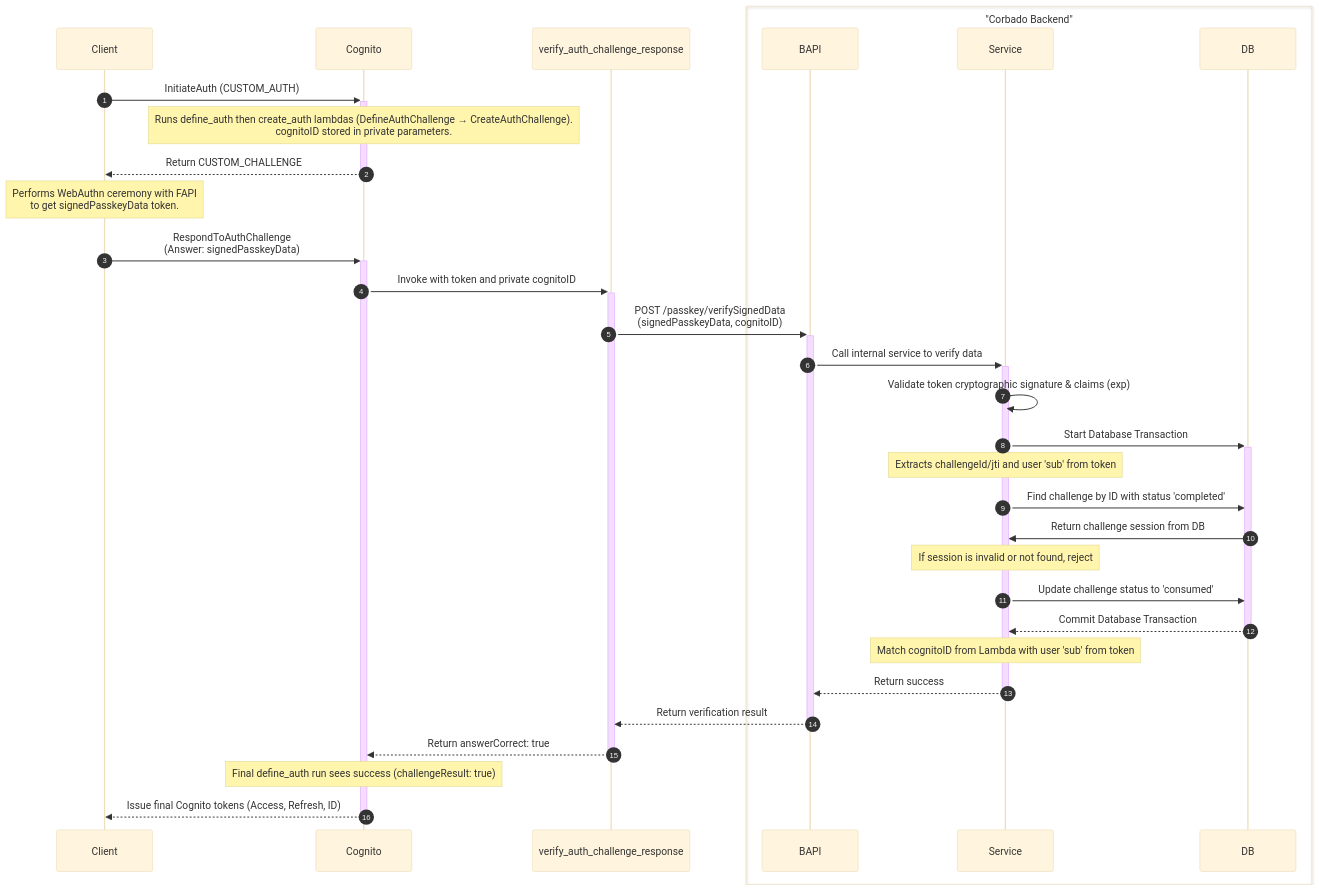
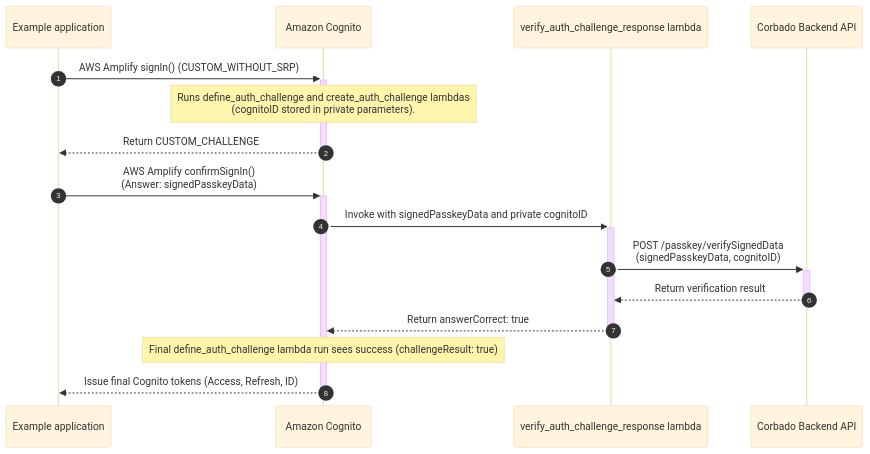
Before and after one commit to corbadotech/docs: the diagram in corbado-connect-new/integration/cognito.mdx, drawn with Mermaid (base theme).

Commit message:
Optimized Mermaid sequence chart

````diff
--- a/corbado-connect-new/integration/cognito.mdx
+++ b/corbado-connect-new/integration/cognito.mdx
@@ -146,40 +146,21 @@
 ```mermaid
 sequenceDiagram
     autonumber
-    participant Client
-    participant Cognito
-    participant Lambda as verify_auth_challenge_response
-    box "Corbado Backend"
-        participant BAPI
-        participant Service
-        participant DB
-    end
+    participant Client as Example application
+    participant Cognito as Amazon Cognito
+    participant Lambda as verify_auth_challenge_response lambda
+    participant BAPI as Corbado Backend API
 
-    Client->>+Cognito: InitiateAuth (CUSTOM_AUTH)
-    Note over Cognito: Runs define_auth then create_auth lambdas (DefineAuthChallenge → CreateAuthChallenge).<br/>cognitoID stored in private parameters.
+    Client->>+Cognito: AWS Amplify signIn() (CUSTOM_WITHOUT_SRP)
+    Note over Cognito: Runs define_auth_challenge and create_auth_challenge lambdas<br/>(cognitoID stored in private parameters).
     Cognito-->>-Client: Return CUSTOM_CHALLENGE
 
-    Note over Client: Performs WebAuthn ceremony with FAPI<br/>to get signedPasskeyData token.
-
-    Client->>+Cognito: RespondToAuthChallenge<br/>(Answer: signedPasskeyData)
-    Cognito->>+Lambda: Invoke with token and private cognitoID
+    Client->>+Cognito: AWS Amplify confirmSignIn()<br/>(Answer: signedPasskeyData)
+    Cognito->>+Lambda: Invoke with signedPasskeyData and private cognitoID
     Lambda->>+BAPI: POST /passkey/verifySignedData<br/>(signedPasskeyData, cognitoID)
 
-    BAPI->>+Service: Call internal service to verify data
-    Service->>Service: Validate token cryptographic signature & claims (exp)
-    
-    Service->>+DB: Start Database Transaction
-    Note over Service: Extracts challengeId/jti and user 'sub' from token
-    Service->>DB: Find challenge by ID with status 'completed'
-    DB->>Service: Return challenge session from DB
-    Note over Service: If session is invalid or not found, reject
-    Service->>DB: Update challenge status to 'consumed'
-    DB-->>-Service: Commit Database Transaction
-    
-    Note over Service: Match cognitoID from Lambda with user 'sub' from token
-    Service-->>-BAPI: Return success
     BAPI-->>-Lambda: Return verification result
     Lambda-->>-Cognito: Return answerCorrect: true
-    Note over Cognito: Final define_auth run sees success (challengeResult: true)
+    Note over Cognito: Final define_auth_challenge lambda run sees success (challengeResult: true)
     Cognito-->>-Client: Issue final Cognito tokens (Access, Refresh, ID)
 ```
````
